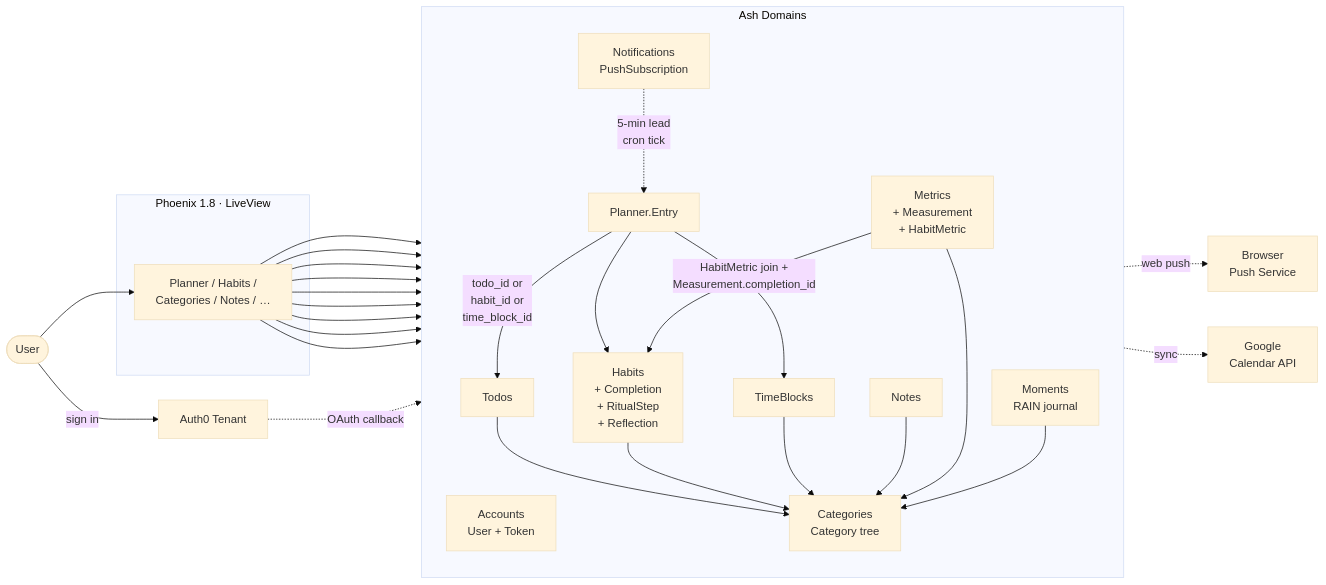
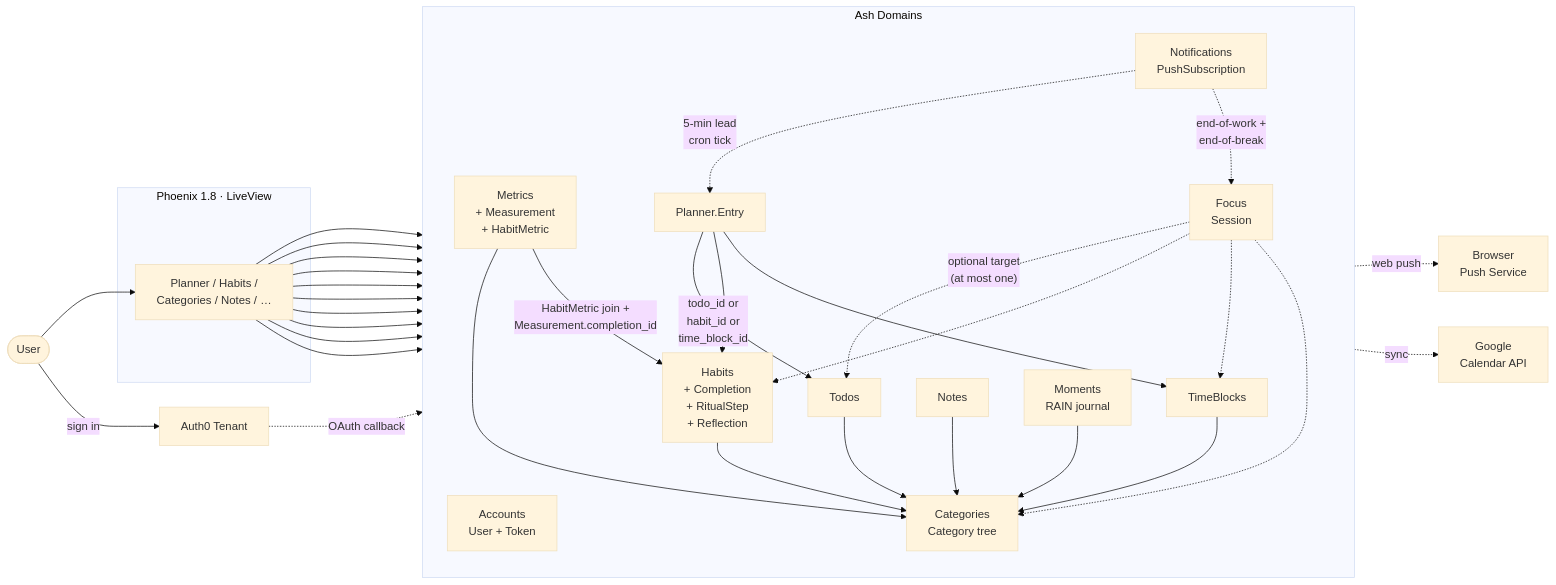
One commit to benkolera/electric-brain changed the diagram in README.md. Above: the diagram before and after it, drawn with Mermaid (base theme). The commit also changed other lines of this file and 1 other file, not shown here.

Commit message:
Focus: README + help docs + architecture diagram
README "What it does" bullet covering the floating widget,
optional targeting, push notifications, and the /focus history.
Mermaid architecture diagram gets the Focus domain and its
optional-target dashed edges to todos/habits/timeblocks/categories,
plus the dashed edge from Notifications to Focus for end-of-work /
end-of-break pushes.

priv/help/index.md gets a Focus section covering start dialog
options, targeting semantics, the planner one-tap button, and
where history lives.

````diff
--- a/README.md
+++ b/README.md
@@ -87,55 +95,63 @@
 ```mermaid
 flowchart LR
     user([User])
 
     user -->|"sign in"| auth0[Auth0 Tenant]
     user --> liveview
 
     subgraph phx["Phoenix 1.8 · LiveView"]
         liveview["Planner / Habits /<br/>Categories / Notes / …"]
     end
 
     subgraph ash["Ash Domains"]
         direction TB
         accounts[Accounts<br/>User + Token]
         categories[Categories<br/>Category tree]
         todos[Todos]
         habits[Habits<br/>+ Completion<br/>+ RitualStep<br/>+ Reflection]
         timeblocks[TimeBlocks]
         planner[Planner.Entry]
         notes[Notes]
         metrics[Metrics<br/>+ Measurement<br/>+ HabitMetric]
         moments[Moments<br/>RAIN journal]
+        focus[Focus<br/>Session]
         notifications[Notifications<br/>PushSubscription]
     end
 
     liveview --> accounts
     liveview --> categories
     liveview --> todos
     liveview --> habits
     liveview --> timeblocks
     liveview --> planner
     liveview --> notes
     liveview --> metrics
     liveview --> moments
+    liveview --> focus
 
     todos --> categories
     habits --> categories
     timeblocks --> categories
     notes --> categories
     metrics --> categories
     moments --> categories
 
     planner -->|"todo_id or<br/>habit_id or<br/>time_block_id"| todos
     planner --> habits
     planner --> timeblocks
 
+    focus -.->|"optional target<br/>(at most one)"| todos
+    focus -.-> habits
+    focus -.-> timeblocks
+    focus -.-> categories
+
     metrics -->|"HabitMetric join +<br/>Measurement.completion_id"| habits
 
     notifications -.->|"5-min lead<br/>cron tick"| planner
+    notifications -.->|"end-of-work +<br/>end-of-break"| focus
     notifications -.->|"web push"| pushsvc[Browser<br/>Push Service]
 
     planner -.->|"sync"| gcal[Google<br/>Calendar API]
 
     auth0 -.->|"OAuth callback"| accounts
 ```
````
